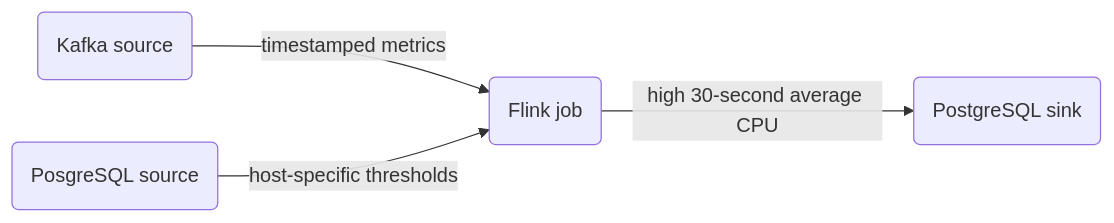
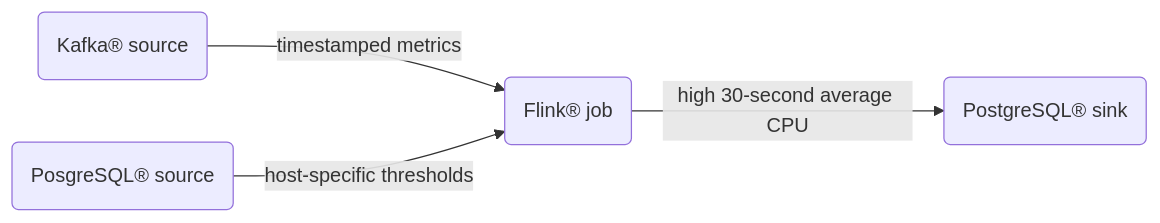
Before and after one commit to aiven/devportal: the fifth of 5 diagrams in docs/products/flink/howto/real-time-alerting-solution.rst, drawn with Mermaid. The commit also changed other lines of this file and 1 other file, not shown here.

Commit message:
re-add trademark symbols in mermaid graphs

```diff
--- a/docs/products/flink/howto/real-time-alerting-solution.rst
+++ b/docs/products/flink/howto/real-time-alerting-solution.rst
@@ -296,7 +296,7 @@
 .. mermaid::
 
     graph LR;
 
-        id1(Kafka source)-- timestamped metrics -->id3(Flink job);
-		   id2(PosgreSQL source)-- host-specific thresholds -->id3;
-        id3-- high 30-second average CPU -->id4(PostgreSQL sink);
+      id1("Kafka® source")-- timestamped metrics -->id3("Flink® job");
+      id2("PosgreSQL® source")-- host-specific thresholds -->id3;
+      id3-- high 30-second average CPU -->id4("PostgreSQL® sink");
```
